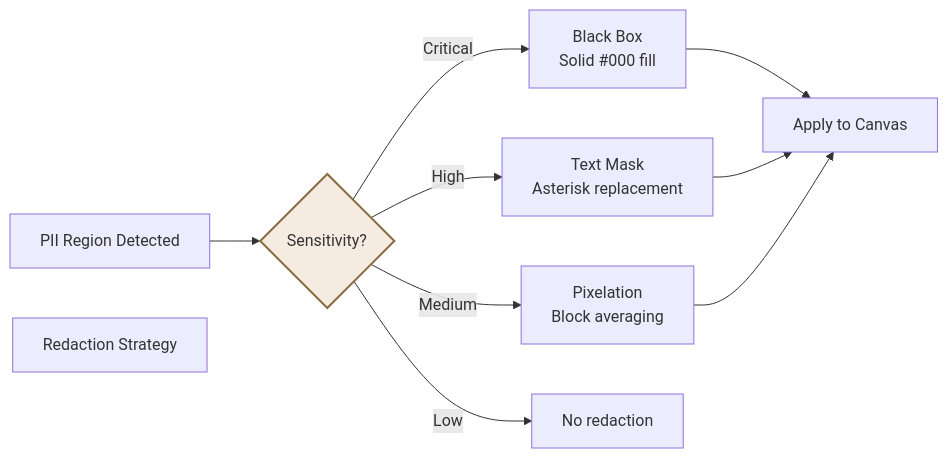
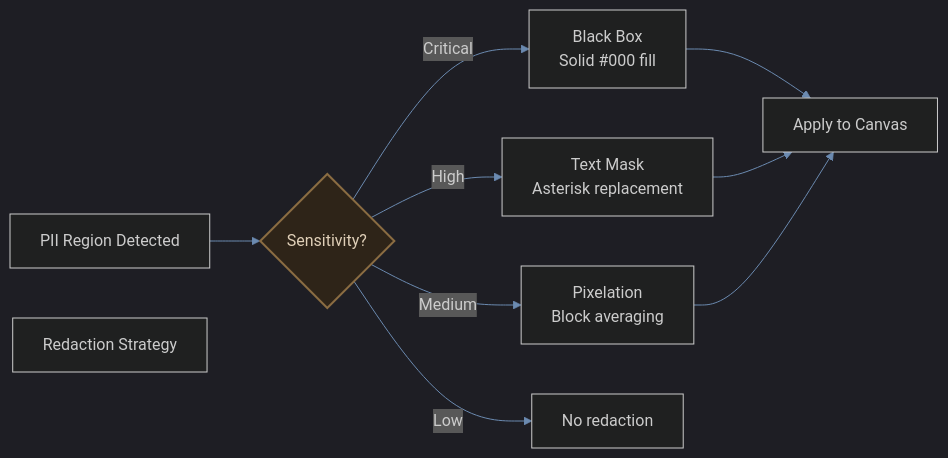
The second of 3 diagrams in README.md (raidx545/super-agent), drawn with Mermaid before and after one commit. The commit also changed other lines of this file, not shown here.

First line of the commit message:
feat: add dark mode theme to mermaid diagrams

````diff
--- a/README.md
+++ b/README.md
@@ -134,19 +135,20 @@
 ```mermaid
+%%{init: {'theme': 'dark', 'themeVariables': {'primaryColor': '#4a6fa5', 'primaryTextColor': '#e0e0e0', 'lineColor': '#6b8ab0', 'secondaryColor': '#3d6b5e', 'tertiaryColor': '#5c4a3a'}}}%%
 flowchart LR
     PII["PII Region Detected"]
     CRITICAL{"Sensitivity?"}
     STRATEGY["Redaction Strategy"]
     APPLY["Apply to Canvas"]
 
     PII --> CRITICAL
     CRITICAL -->|"Critical"| BB["Black Box<br/>Solid #000 fill"]
     CRITICAL -->|"High"| MASK["Text Mask<br/>Asterisk replacement"]
     CRITICAL -->|"Medium"| PIXEL["Pixelation<br/>Block averaging"]
     CRITICAL -->|"Low"| NONE["No redaction"]
 
     BB --> APPLY
     MASK --> APPLY
     PIXEL --> APPLY
 
-    style CRITICAL fill:#f5ebe0,stroke:#8a6c42,stroke-width:2px
+    style CRITICAL fill:#2e2418,stroke:#8a6c42,stroke-width:2px,color:#e0d0b8
 ```
````
